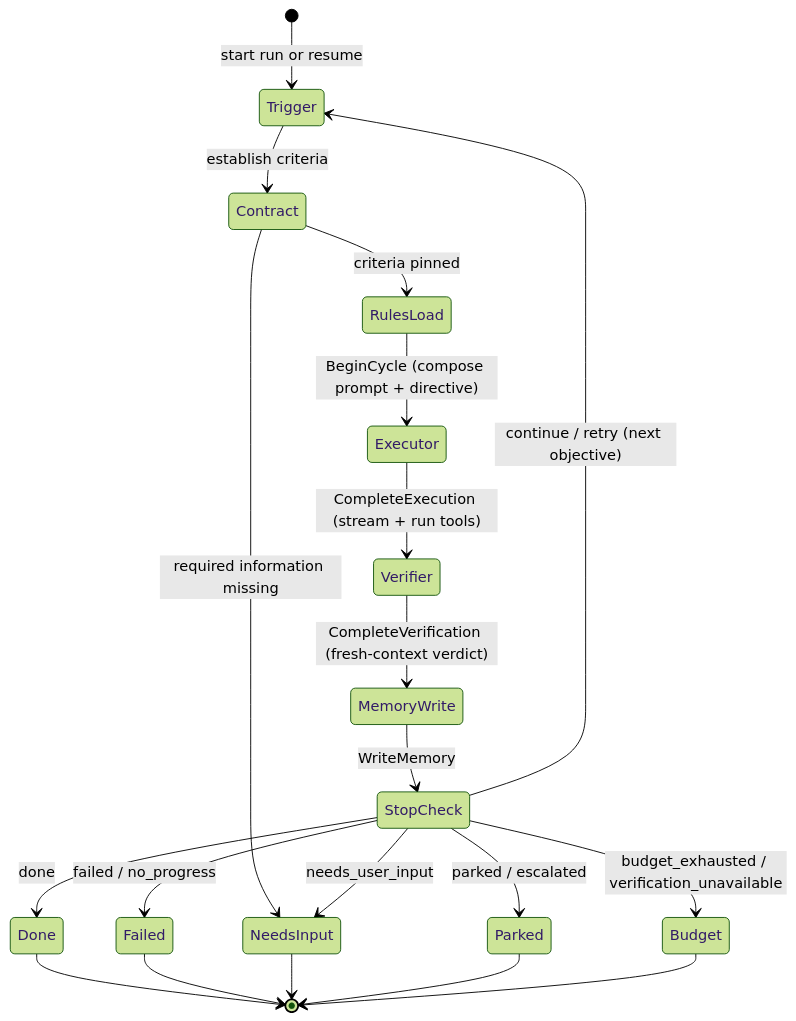
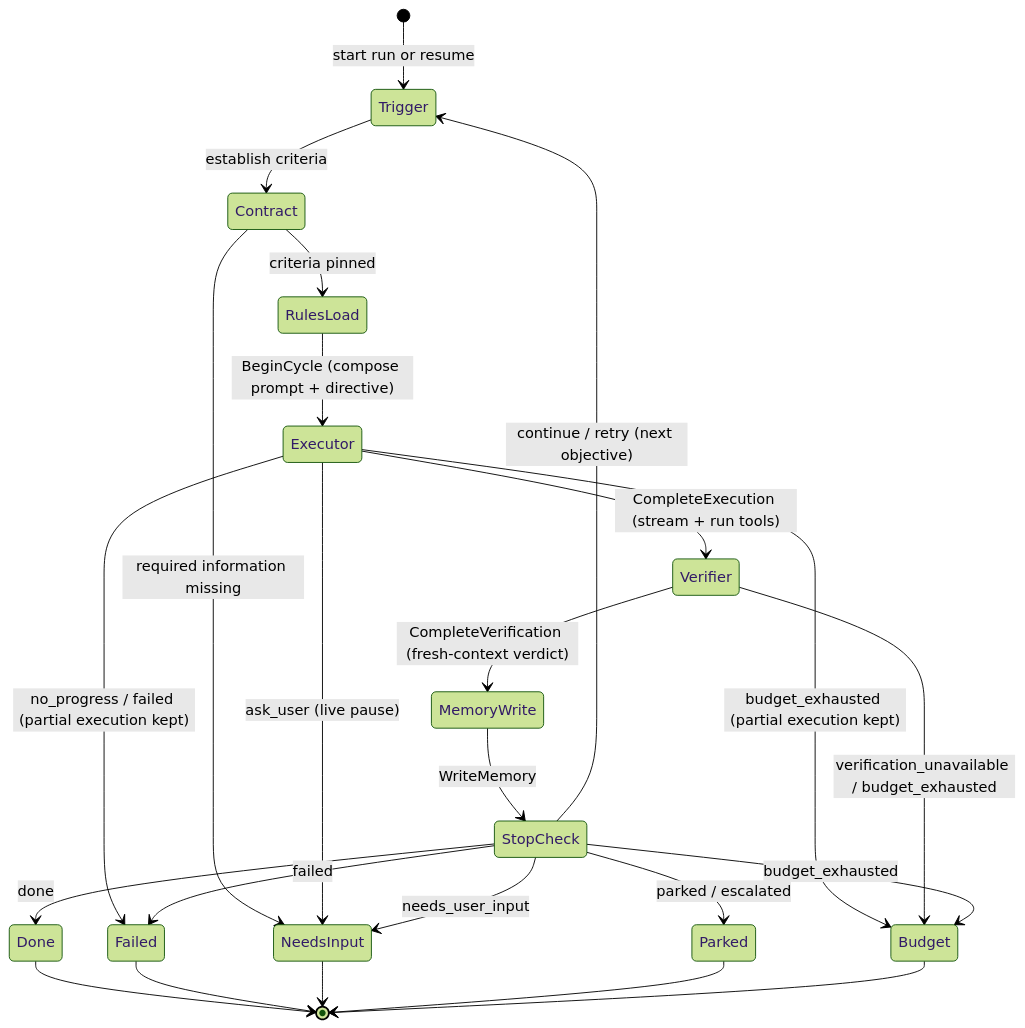
The second of 3 diagrams in docs/agent-loop.md (patrikcze/llmtui), drawn with Mermaid (forest theme) before and after one commit. The commit also changed other lines of this file and 10 other files, not shown here.

First line of the commit message:
docs: align agent-loop, architecture, and instruction docs with the code

````diff
--- a/docs/agent-loop.md
+++ b/docs/agent-loop.md
@@ -134,22 +139,26 @@
 ```mermaid
 stateDiagram-v2
     [*] --> Trigger: start run or resume
     Trigger --> Contract: establish criteria
     Contract --> RulesLoad: criteria pinned
     Contract --> NeedsInput: required information missing
     RulesLoad --> Executor: BeginCycle (compose prompt + directive)
     Executor --> Verifier: CompleteExecution (stream + run tools)
+    Executor --> Failed: no_progress / failed (partial execution kept)
+    Executor --> Budget: budget_exhausted (partial execution kept)
+    Executor --> NeedsInput: ask_user (live pause)
     Verifier --> MemoryWrite: CompleteVerification (fresh-context verdict)
+    Verifier --> Budget: verification_unavailable / budget_exhausted
     MemoryWrite --> StopCheck: WriteMemory
     StopCheck --> Trigger: continue / retry (next objective)
     StopCheck --> Done: done
-    StopCheck --> Failed: failed / no_progress
+    StopCheck --> Failed: failed
     StopCheck --> NeedsInput: needs_user_input
     StopCheck --> Parked: parked / escalated
-    StopCheck --> Budget: budget_exhausted / verification_unavailable
+    StopCheck --> Budget: budget_exhausted
     Done --> [*]
     Failed --> [*]
     NeedsInput --> [*]
     Parked --> [*]
     Budget --> [*]
 ```
````
